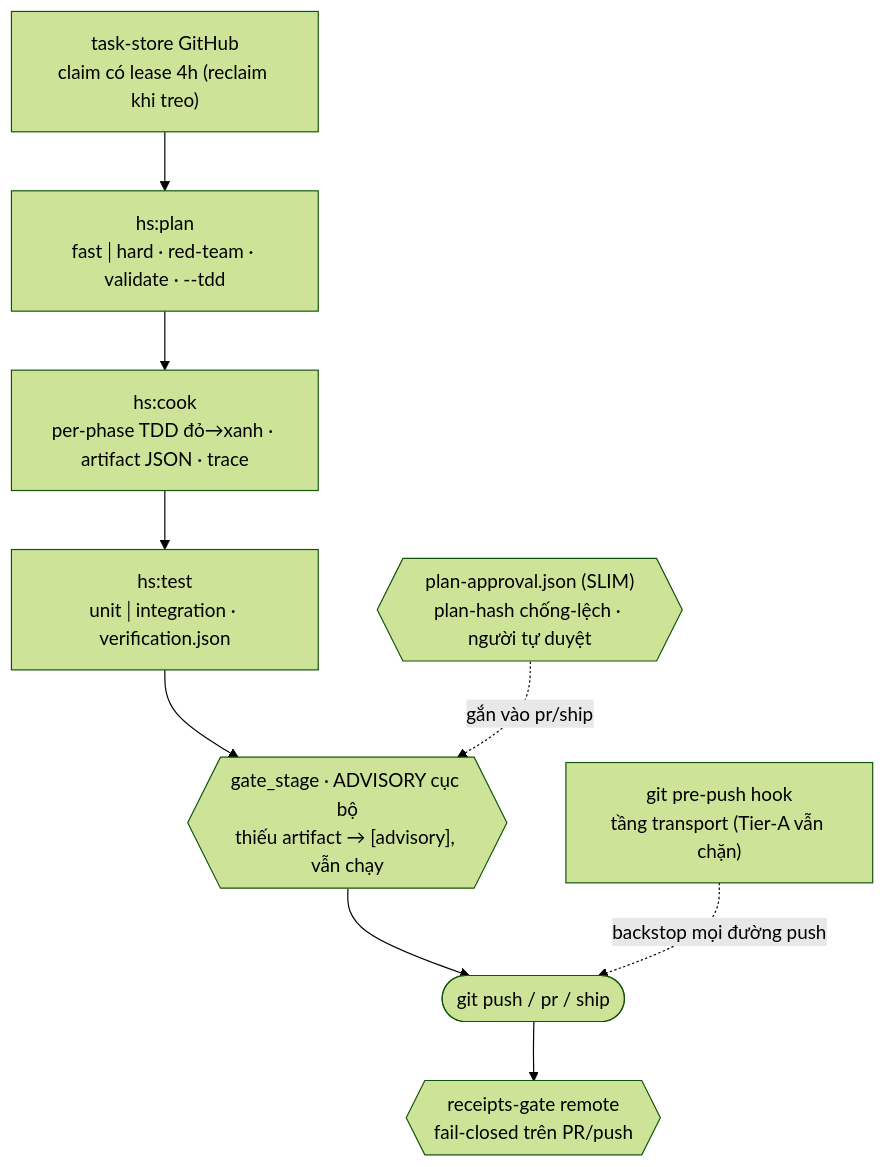
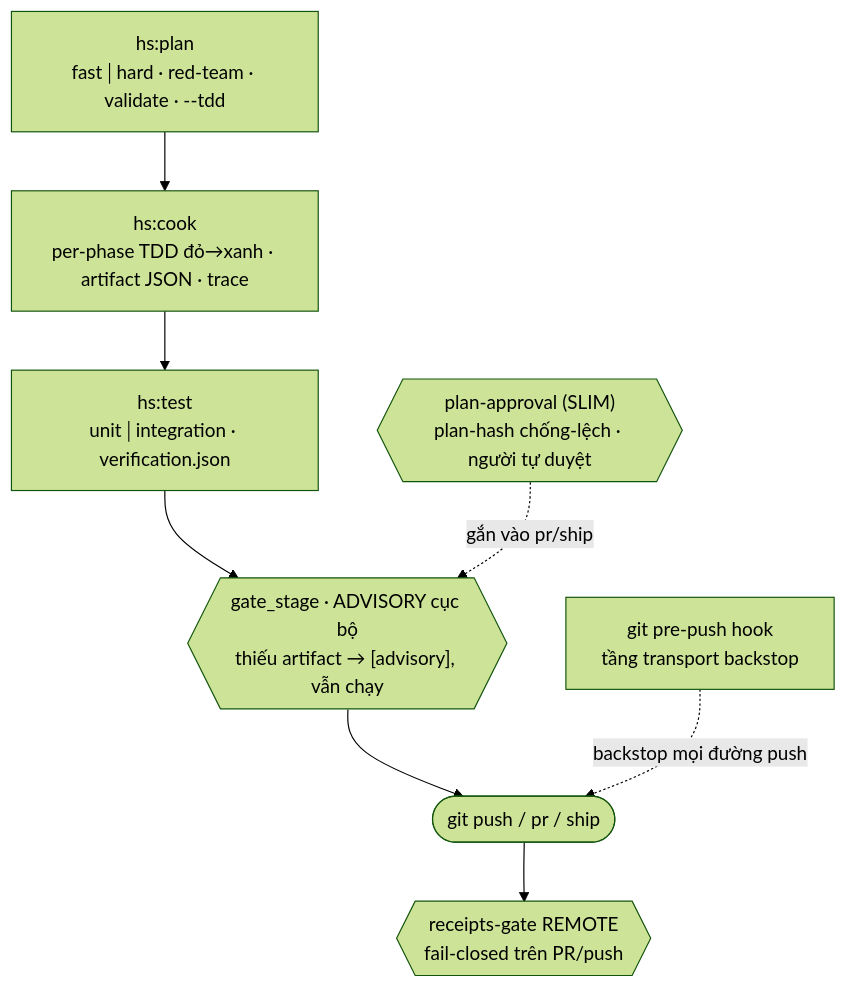
Before and after one commit to hieubui2409/sdlc-harness-release: the second of 2 diagrams in README.md, drawn with Mermaid (forest theme). The commit also changed other lines of this file, not shown here.

````diff
--- a/README.md
+++ b/README.md
@@ -66,16 +193,15 @@
 ```mermaid
 flowchart TB
-    TS["task-store GitHub<br/>claim có lease 4h (reclaim khi treo)"]
     P["hs:plan<br/>fast│hard · red-team · validate · --tdd"]
-    AP{{"plan-approval.json (SLIM)<br/>plan-hash chống-lệch · người tự duyệt"}}
+    AP{{"plan-approval (SLIM)<br/>plan-hash chống-lệch · người tự duyệt"}}
     C["hs:cook<br/>per-phase TDD đỏ→xanh · artifact JSON · trace"]
     T["hs:test<br/>unit│integration · verification.json"]
     G{{"gate_stage · ADVISORY cục bộ<br/>thiếu artifact → [advisory], vẫn chạy"}}
-    RG{{"receipts-gate remote<br/>fail-closed trên PR/push"}}
+    RG{{"receipts-gate REMOTE<br/>fail-closed trên PR/push"}}
     SH(["git push / pr / ship"])
-    PRE["git pre-push hook<br/>tầng transport (Tier-A vẫn chặn)"]
-    TS --> P --> C --> T --> G --> SH
+    PRE["git pre-push hook<br/>tầng transport backstop"]
+    P --> C --> T --> G --> SH
     AP -. "gắn vào pr/ship" .-> G
     SH --> RG
     PRE -. backstop mọi đường push .-> SH
 ```
````
